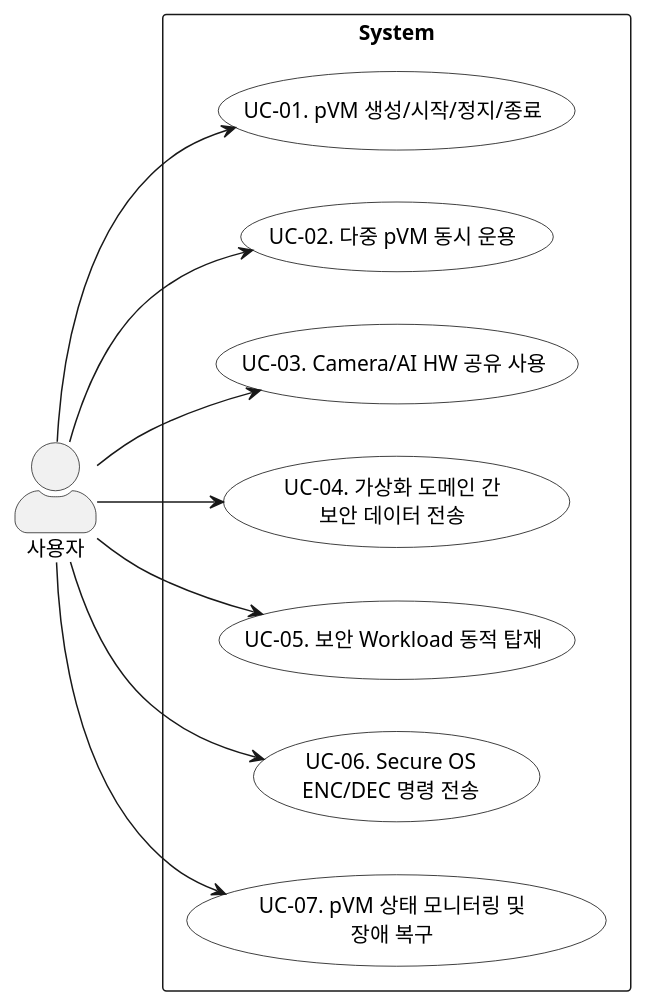
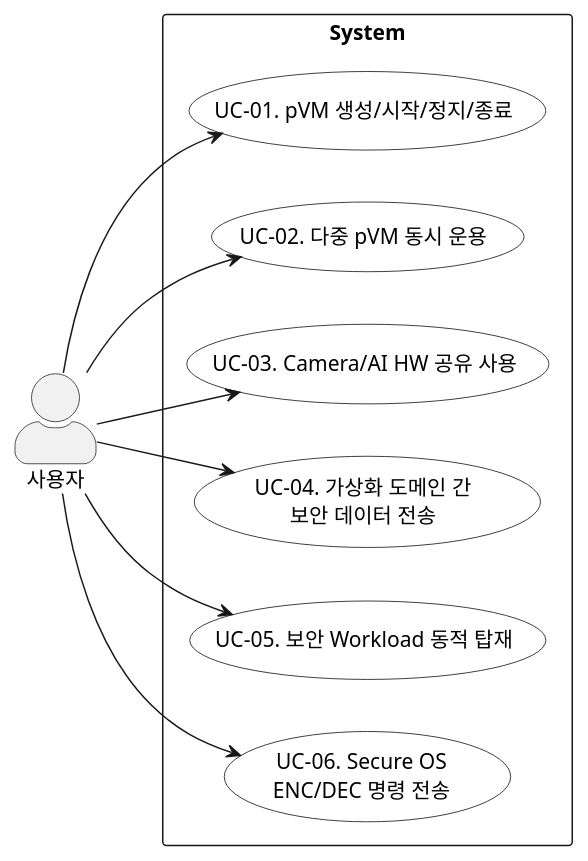
Before and after one commit to boram1288/test-p: the diagram in docs/01_use_case.md, drawn with PlantUML. The commit also changed other lines of this file and 5 other files, not shown here.

````diff
--- a/docs/01_use_case.md
+++ b/docs/01_use_case.md
@@ -31,32 +30,30 @@
 ```plantuml
 @startuml
 left to right direction
 skinparam packageStyle rectangle
 skinparam actorStyle awesome
 skinparam usecase {
   BackgroundColor White
   BorderColor Black
 }
 
 actor "사용자" as User
 
 rectangle "System" {
   usecase "UC-01. pVM 생성/시작/정지/종료" as UC01
   usecase "UC-02. 다중 pVM 동시 운용" as UC02
   usecase "UC-03. Camera/AI HW 공유 사용" as UC03
   usecase "UC-04. 가상화 도메인 간\n보안 데이터 전송" as UC04
   usecase "UC-05. 보안 Workload 동적 탑재" as UC05
   usecase "UC-06. Secure OS\nENC/DEC 명령 전송" as UC06
-  usecase "UC-07. pVM 상태 모니터링 및\n장애 복구" as UC07
 }
 
 User --> UC01
 User --> UC02
 User --> UC03
 User --> UC04
 User --> UC05
 User --> UC06
-User --> UC07
 
 @enduml
 ```
````
